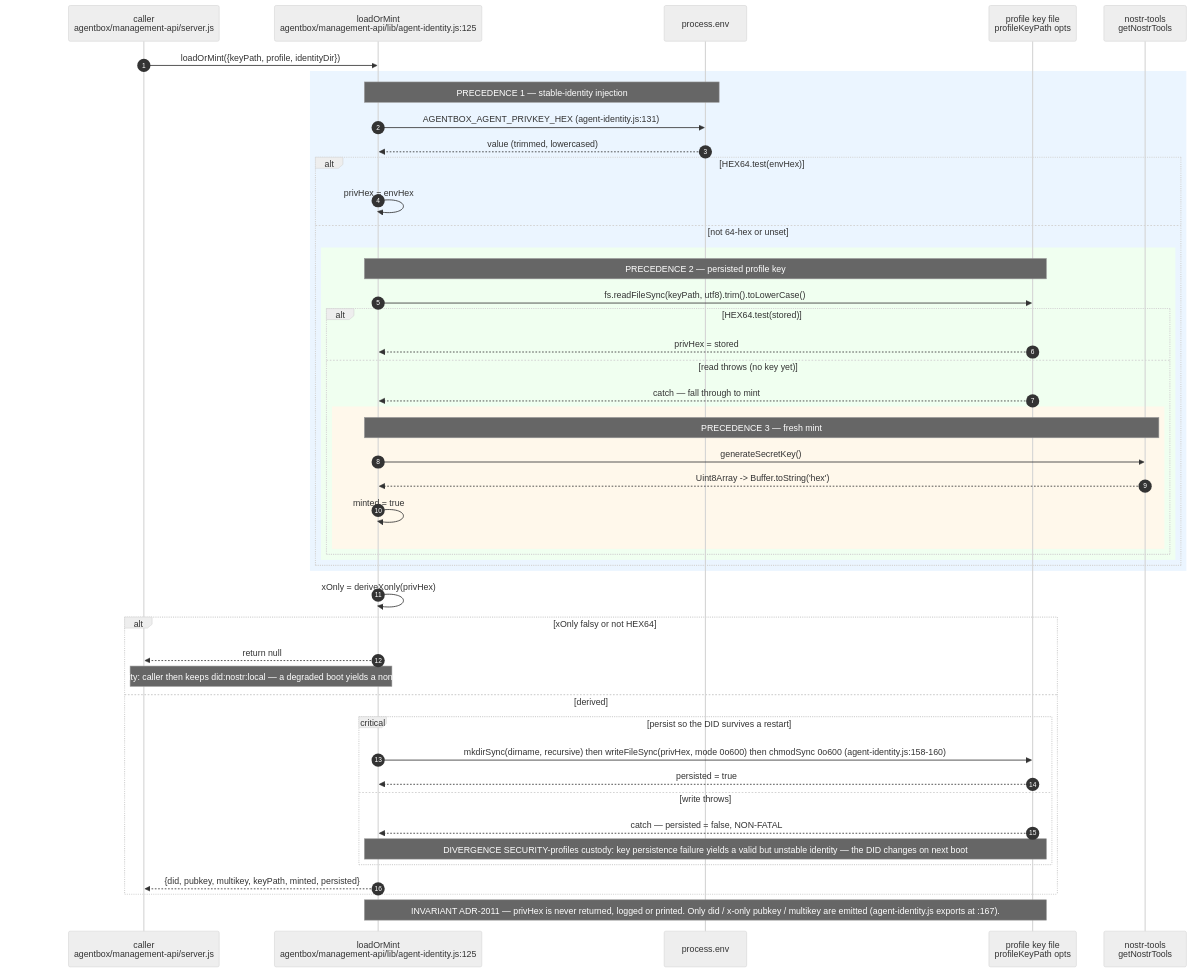
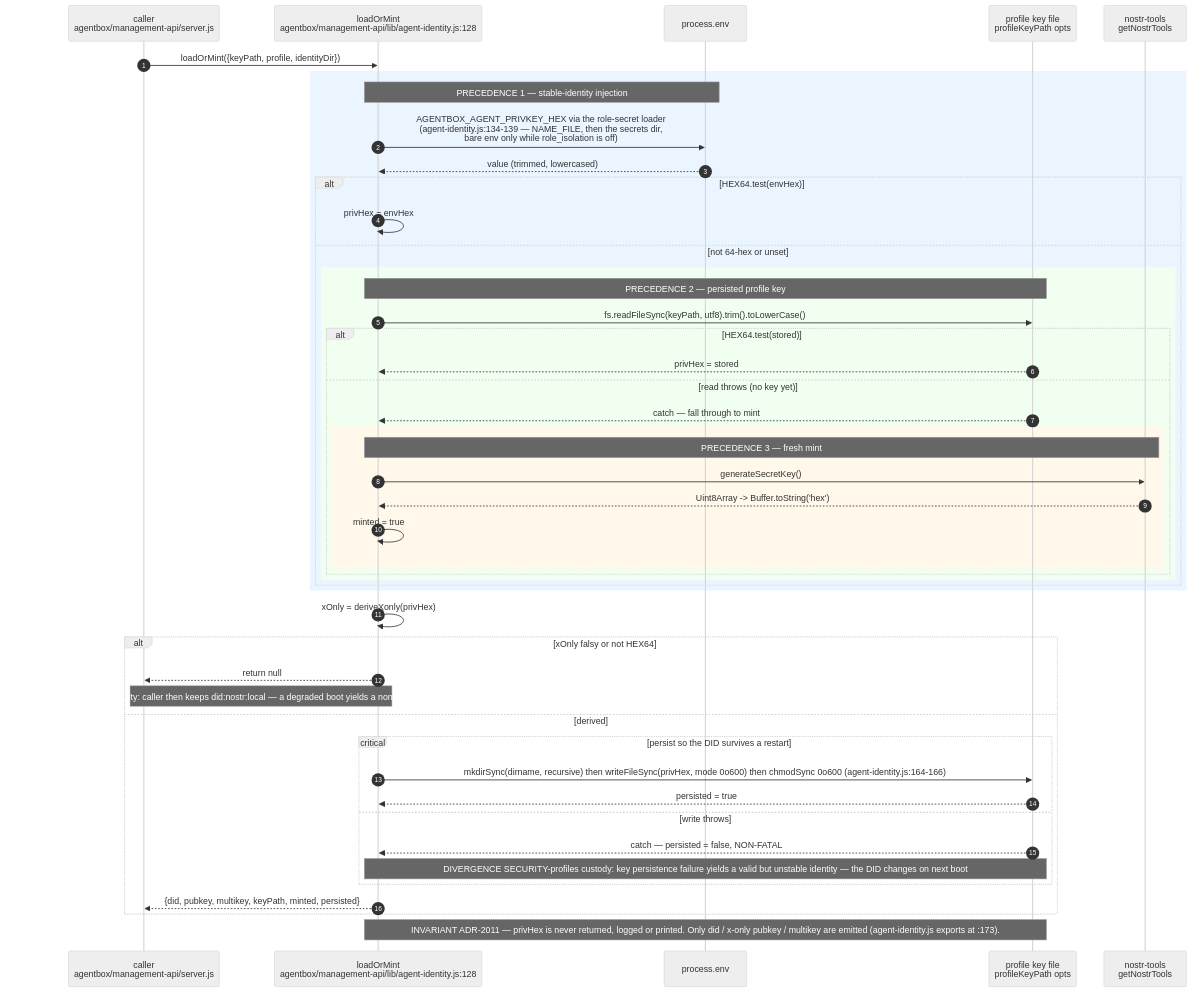
The second of 16 diagrams in docs/diagrams/agentbox/11-identity-did-mandate-authority.md (DreamLab-AI/VisionFlow), drawn with Mermaid (neutral theme) before and after one commit. The commit also changed other lines of this file and 111 other files, not shown here.

Commit message:
docs(diagrams): align estate maps with current source

````diff
--- a/docs/diagrams/agentbox/11-identity-did-mandate-authority.md
+++ b/docs/diagrams/agentbox/11-identity-did-mandate-authority.md
@@ -99,50 +99,50 @@
 ```mermaid
 sequenceDiagram
     autonumber
     participant CALLER as caller<br/>agentbox/management-api/server.js
-    participant AI as loadOrMint<br/>agentbox/management-api/lib/agent-identity.js:125
+    participant AI as loadOrMint<br/>agentbox/management-api/lib/agent-identity.js:128
     participant ENV as process.env
     participant FS as profile key file<br/>profileKeyPath opts
     participant NT as nostr-tools<br/>getNostrTools
 
     CALLER->>AI: loadOrMint({keyPath, profile, identityDir})
     rect rgb(235,245,255)
     Note over AI,ENV: PRECEDENCE 1 — stable-identity injection
-    AI->>ENV: AGENTBOX_AGENT_PRIVKEY_HEX (agent-identity.js:131)
+    AI->>ENV: AGENTBOX_AGENT_PRIVKEY_HEX via the role-secret loader<br/>(agent-identity.js:134-139 — NAME_FILE, then the secrets dir,<br/>bare env only while role_isolation is off)
     ENV-->>AI: value (trimmed, lowercased)
     alt HEX64.test(envHex)
         AI->>AI: privHex = envHex
     else not 64-hex or unset
         rect rgb(240,255,240)
         Note over AI,FS: PRECEDENCE 2 — persisted profile key
         AI->>FS: fs.readFileSync(keyPath, utf8).trim().toLowerCase()
         alt HEX64.test(stored)
             FS-->>AI: privHex = stored
         else read throws (no key yet)
             FS-->>AI: catch — fall through to mint
             rect rgb(255,248,235)
             Note over AI,NT: PRECEDENCE 3 — fresh mint
             AI->>NT: generateSecretKey()
             NT-->>AI: Uint8Array -> Buffer.toString('hex')
             AI->>AI: minted = true
             end
         end
         end
     end
     end
     AI->>AI: xOnly = deriveXonly(privHex)
     alt xOnly falsy or not HEX64
         AI-->>CALLER: return null
         Note over AI,CALLER: DIVERGENCE INGRESS-identity: caller then keeps did:nostr:local — a degraded boot yields a non-sovereign identity. see AB-11.3
     else derived
         critical persist so the DID survives a restart
-            AI->>FS: mkdirSync(dirname, recursive) then writeFileSync(privHex, mode 0o600) then chmodSync 0o600 (agent-identity.js:158-160)
+            AI->>FS: mkdirSync(dirname, recursive) then writeFileSync(privHex, mode 0o600) then chmodSync 0o600 (agent-identity.js:164-166)
             FS-->>AI: persisted = true
         option write throws
             FS-->>AI: catch — persisted = false, NON-FATAL
             Note over AI,FS: DIVERGENCE SECURITY-profiles custody: key persistence failure yields a valid but unstable identity — the DID changes on next boot
         end
         AI-->>CALLER: {did, pubkey, multikey, keyPath, minted, persisted}
     end
-    Note over AI,FS: INVARIANT ADR-2011 — privHex is never returned, logged or printed. Only did / x-only pubkey / multikey are emitted (agent-identity.js exports at :167).
+    Note over AI,FS: INVARIANT ADR-2011 — privHex is never returned, logged or printed. Only did / x-only pubkey / multikey are emitted (agent-identity.js exports at :173).
 ```
````
